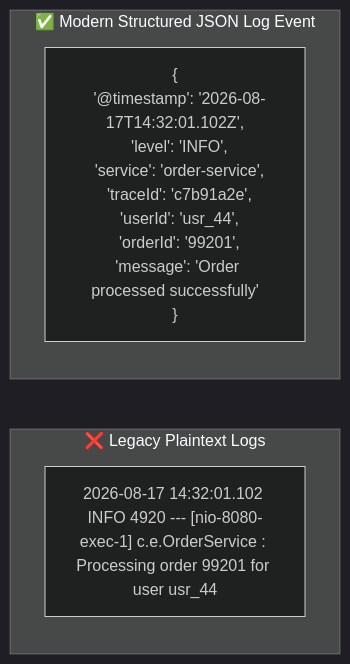
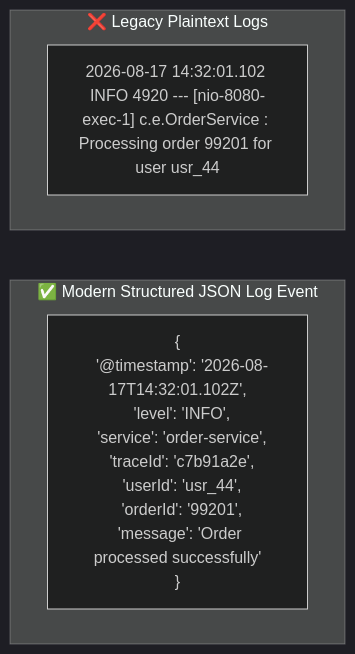
Before and after one commit to Rohit1024/spring-boot-mastery: the first of 3 diagrams in docs/lessons/0021-structured-logging-logback-mdc.md, drawn with Mermaid (dark theme). The commit also changed other lines of this file and 42 other files, not shown here.

````diff
--- a/docs/lessons/0021-structured-logging-logback-mdc.md
+++ b/docs/lessons/0021-structured-logging-logback-mdc.md
@@ -15,10 +15,12 @@
 ``` mermaid
-flowchart LR
+flowchart TD
     subgraph Legacy["❌ Legacy Plaintext Logs"]
         Plain["2026-08-17 14:32:01.102 INFO 4920 --- [nio-8080-exec-1] c.e.OrderService : Processing order 99201 for user usr_44"]
     end
 
     subgraph Structured["✅ Modern Structured JSON Log Event"]
         JSON["{<br/>  '@timestamp': '2026-08-17T14:32:01.102Z',<br/>  'level': 'INFO',<br/>  'service': 'order-service',<br/>  'traceId': 'c7b91a2e',<br/>  'userId': 'usr_44',<br/>  'orderId': '99201',<br/>  'message': 'Order processed successfully'<br/>}"]
     end
+
+    Legacy ~~~ Structured
 ```
````
